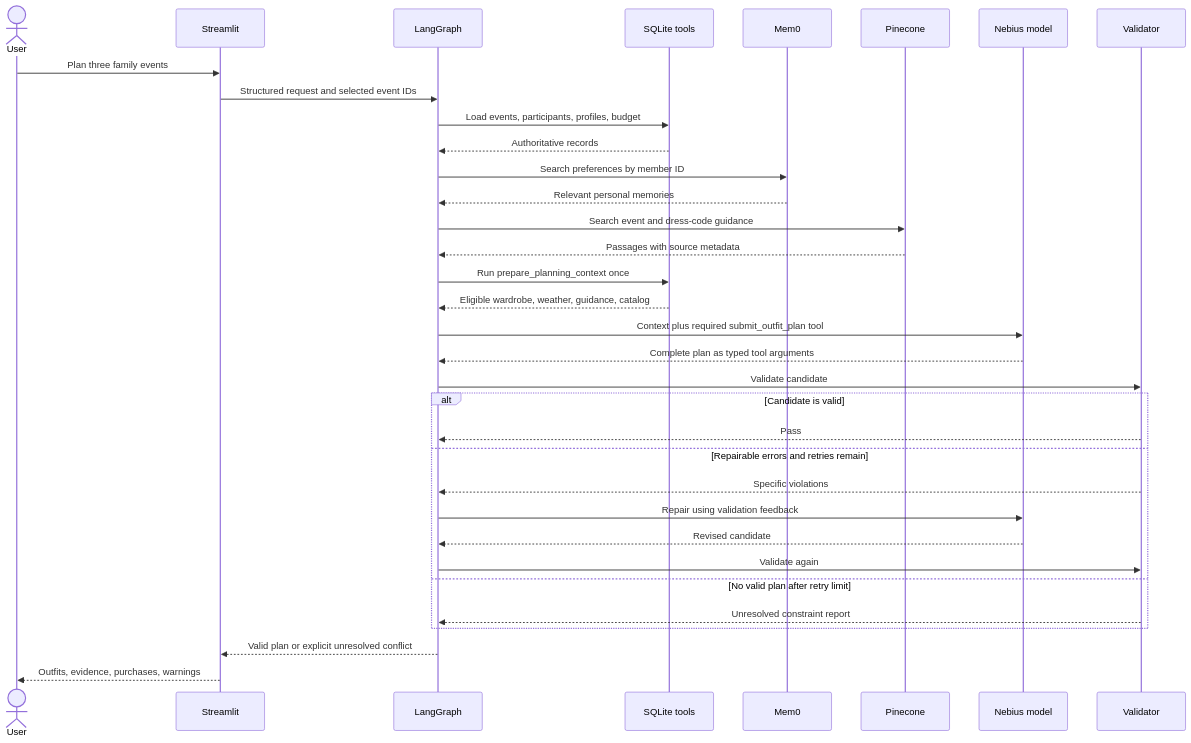
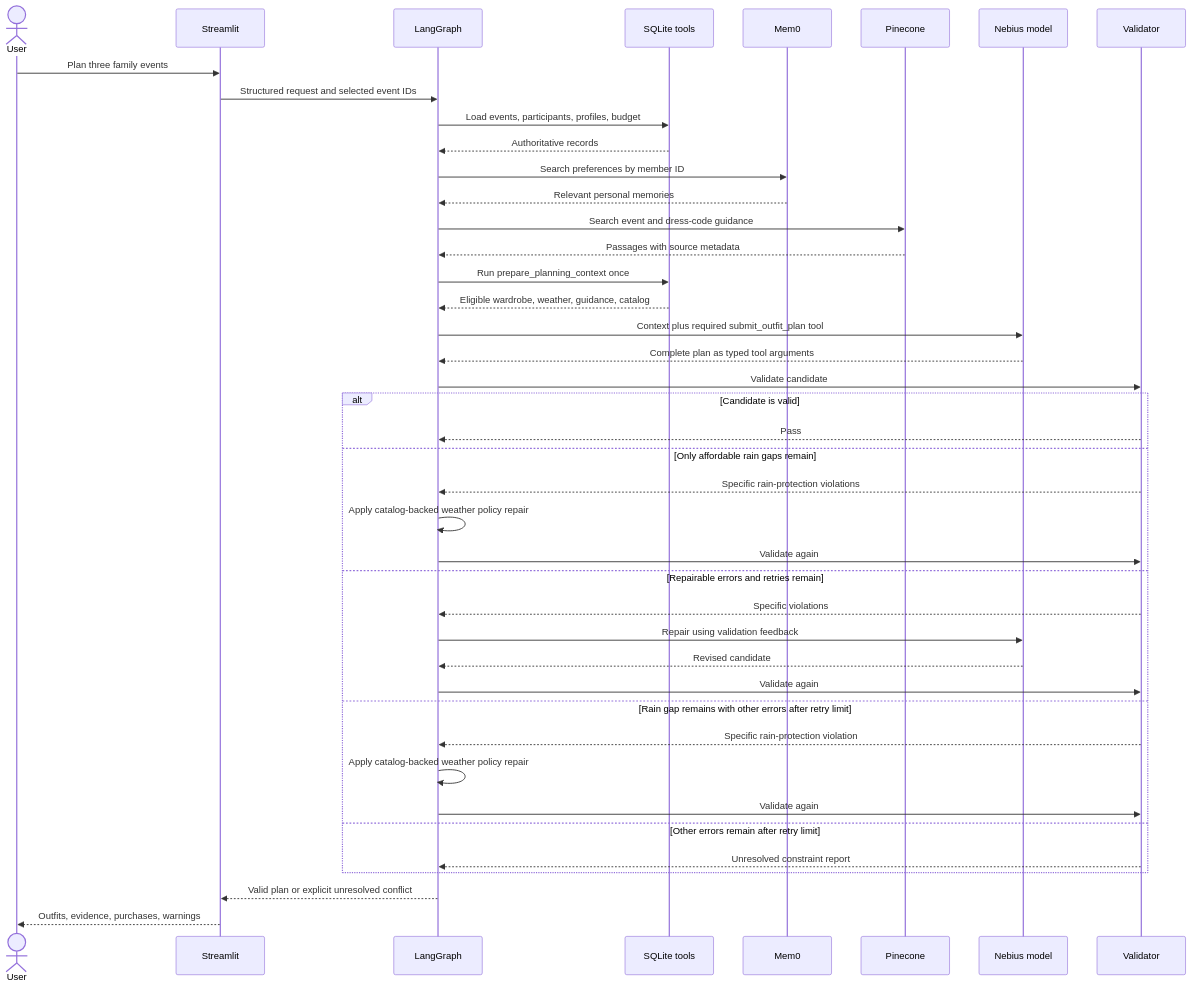
The second of 3 diagrams in docs/ARCHITECTURE.md (supriya-s-naik/family-wardrobe-planner), drawn with Mermaid before and after one commit. The commit also changed other lines of this file and 15 other files, not shown here.

````diff
--- a/docs/ARCHITECTURE.md
+++ b/docs/ARCHITECTURE.md
@@ -106,39 +106,47 @@
 ```mermaid
 sequenceDiagram
     actor User
     participant UI as Streamlit
     participant Graph as LangGraph
     participant DB as SQLite tools
     participant Memory as Mem0
     participant RAG as Pinecone
     participant Model as Nebius model
     participant Rules as Validator
 
     User->>UI: Plan three family events
     UI->>Graph: Structured request and selected event IDs
     Graph->>DB: Load events, participants, profiles, budget
     DB-->>Graph: Authoritative records
     Graph->>Memory: Search preferences by member ID
     Memory-->>Graph: Relevant personal memories
     Graph->>RAG: Search event and dress-code guidance
     RAG-->>Graph: Passages with source metadata
     Graph->>DB: Run prepare_planning_context once
     DB-->>Graph: Eligible wardrobe, weather, guidance, catalog
     Graph->>Model: Context plus required submit_outfit_plan tool
     Model-->>Graph: Complete plan as typed tool arguments
     Graph->>Rules: Validate candidate
 
     alt Candidate is valid
         Rules-->>Graph: Pass
+    else Only affordable rain gaps remain
+        Rules-->>Graph: Specific rain-protection violations
+        Graph->>Graph: Apply catalog-backed weather policy repair
+        Graph->>Rules: Validate again
     else Repairable errors and retries remain
         Rules-->>Graph: Specific violations
         Graph->>Model: Repair using validation feedback
         Model-->>Graph: Revised candidate
         Graph->>Rules: Validate again
-    else No valid plan after retry limit
+    else Rain gap remains with other errors after retry limit
+        Rules-->>Graph: Specific rain-protection violation
+        Graph->>Graph: Apply catalog-backed weather policy repair
+        Graph->>Rules: Validate again
+    else Other errors remain after retry limit
         Rules-->>Graph: Unresolved constraint report
     end
 
     Graph-->>UI: Valid plan or explicit unresolved conflict
     UI-->>User: Outfits, evidence, purchases, warnings
 ```
````
